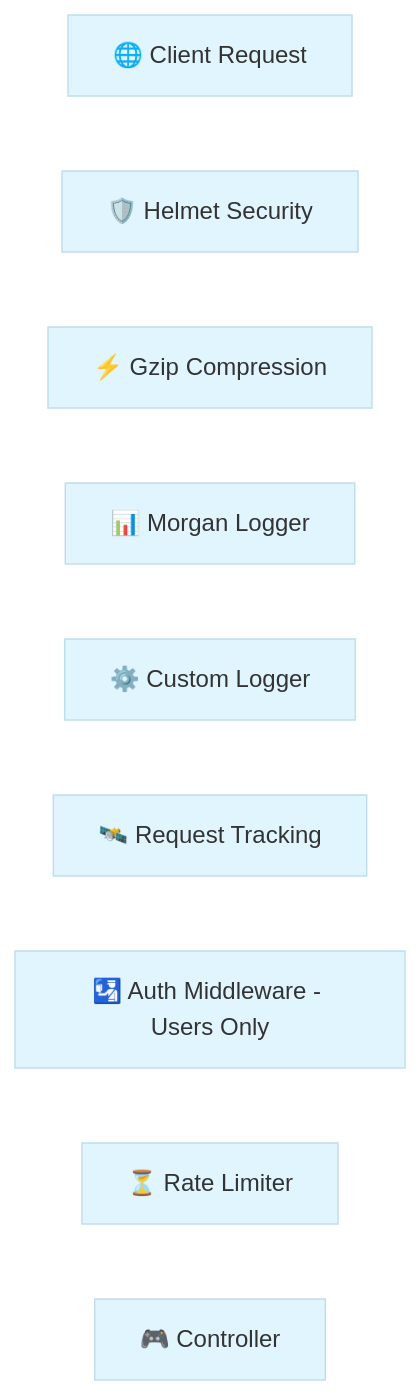
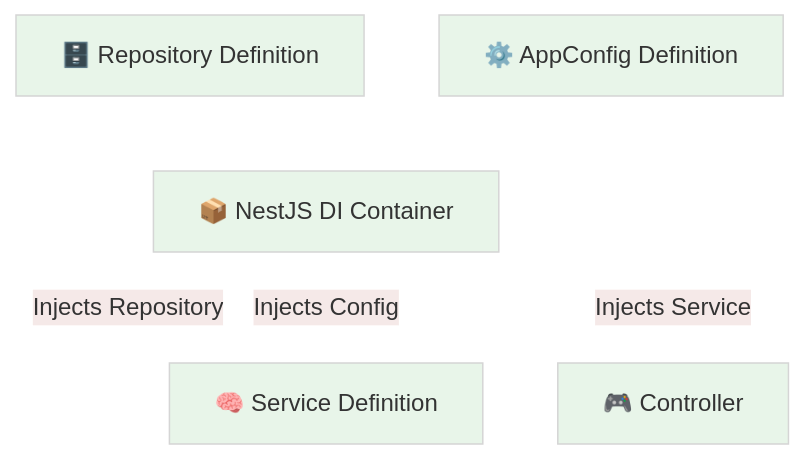
One commit to alvianzf/introduction-to-nest changed the first of 2 diagrams in README.md. Above: the diagram before and after it, drawn with Mermaid. The commit also changed other lines of this file, not shown here.

````diff
--- a/README.md
+++ b/README.md
@@ -11,14 +11,13 @@
 ```mermaid
-%%{init: {'theme': 'base', 'themeVariables': { 'primaryColor': '#e1f5fe', 'edgeColor': '#ffffff', 'tertiaryColor': '#fff9c4', 'lineColor': '#ffffff'}}}%%
+%%{init: {'theme': 'base', 'themeVariables': { 'primaryColor': '#e8f5e9', 'edgeColor': '#ffffff', 'tertiaryColor': '#fffdff', 'lineColor': '#ffffff'}}}%%
 graph TD
-    Client[🌐 Client Request] --> Helmet[🛡️ Helmet Security]
-    Helmet --> Compression[⚡ Gzip Compression]
-    Compression --> Morgan[📊 Morgan Logger]
-    Morgan --> LoggerMW[⚙️ Custom Logger]
-    LoggerMW --> TrackingMW[🛰️ Request Tracking]
-    TrackingMW --> AuthMW[🛂 Auth Middleware - Users Only]
-    AuthMW --> RateLimit[⏳ Rate Limiter]
-    RateLimit --> Controller[🎮 Controller]
+    RepoDef[🗄️ Repository Definition] --> Container[📦 NestJS DI Container]
+    ConfigDef[⚙️ AppConfig Definition] --> Container
+    ServiceDef[🧠 Service Definition] --> Container
+
+    Container -- "Injects Repository" --> ServiceDef
+    Container -- "Injects Config" --> ServiceDef
+    Container -- "Injects Service" --> Controller[🎮 Controller]
 
     linkStyle default stroke:#ffffff,stroke-width:2px
 ```
````
